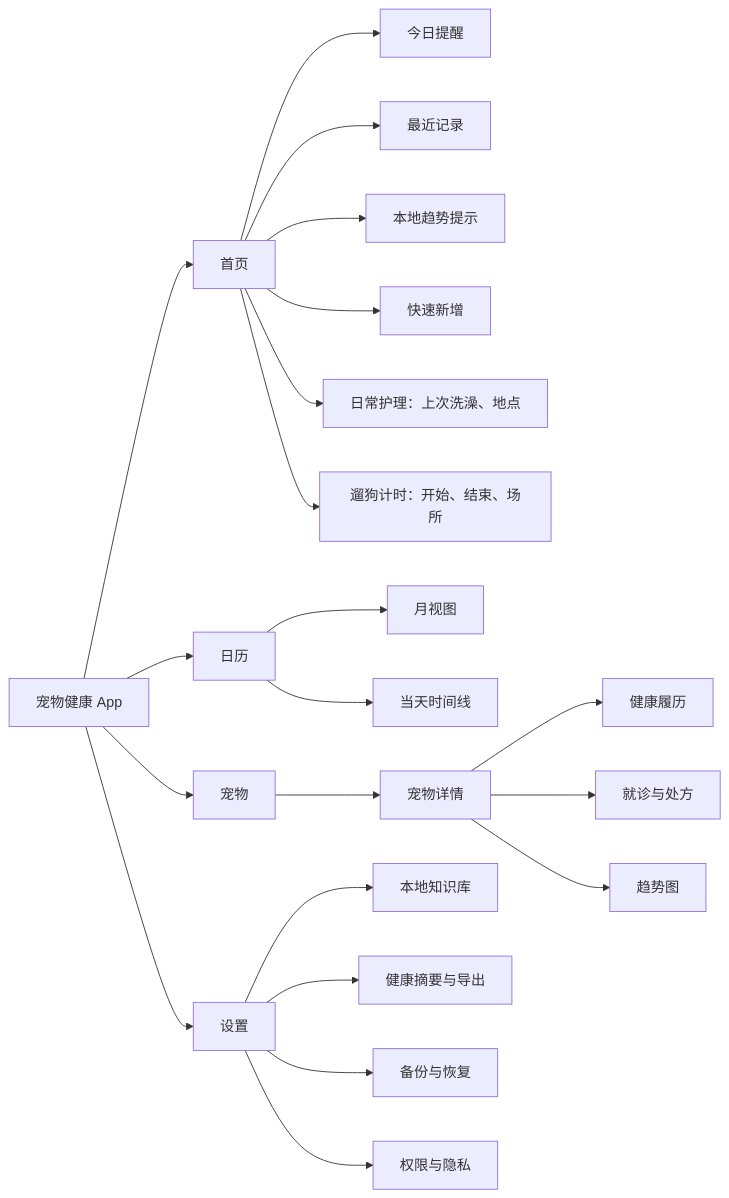
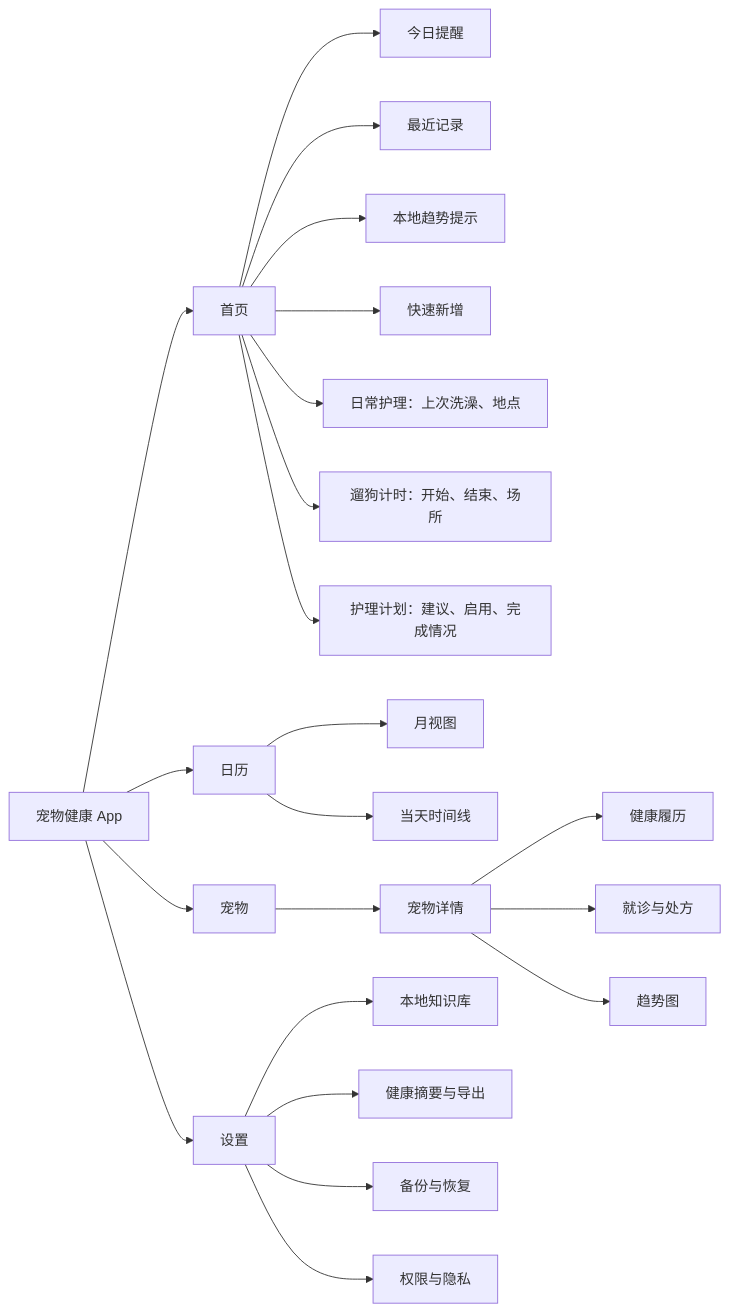
Before and after one commit to Q-LL/pet-health: the second of 8 diagrams in PROJECT_BLUEPRINT.md, drawn with Mermaid. The commit also changed other lines of this file, not shown here.

````diff
--- a/PROJECT_BLUEPRINT.md
+++ b/PROJECT_BLUEPRINT.md
@@ -74,27 +76,28 @@
 ```mermaid
 flowchart LR
     APP["宠物健康 App"] --> HOME["首页"]
     APP --> CAL["日历"]
     APP --> PETS["宠物"]
     APP --> SETTINGS["设置"]
 
     HOME --> TODAY["今日提醒"]
     HOME --> RECENT["最近记录"]
     HOME --> INSIGHT["本地趋势提示"]
     HOME --> ADD["快速新增"]
     HOME --> CARE["日常护理：上次洗澡、地点"]
     HOME --> WALK["遛狗计时：开始、结束、场所"]
+    HOME --> CAREPLAN["护理计划：建议、启用、完成情况"]
 
     CAL --> MONTH["月视图"]
     CAL --> TIMELINE["当天时间线"]
 
     PETS --> DETAIL["宠物详情"]
     DETAIL --> HISTORY["健康履历"]
     DETAIL --> VISITS["就诊与处方"]
     DETAIL --> TRENDS["趋势图"]
 
     SETTINGS --> KNOWLEDGE["本地知识库"]
     SETTINGS --> REPORT["健康摘要与导出"]
     SETTINGS --> BACKUP["备份与恢复"]
     SETTINGS --> PRIVACY["权限与隐私"]
 ```
````
